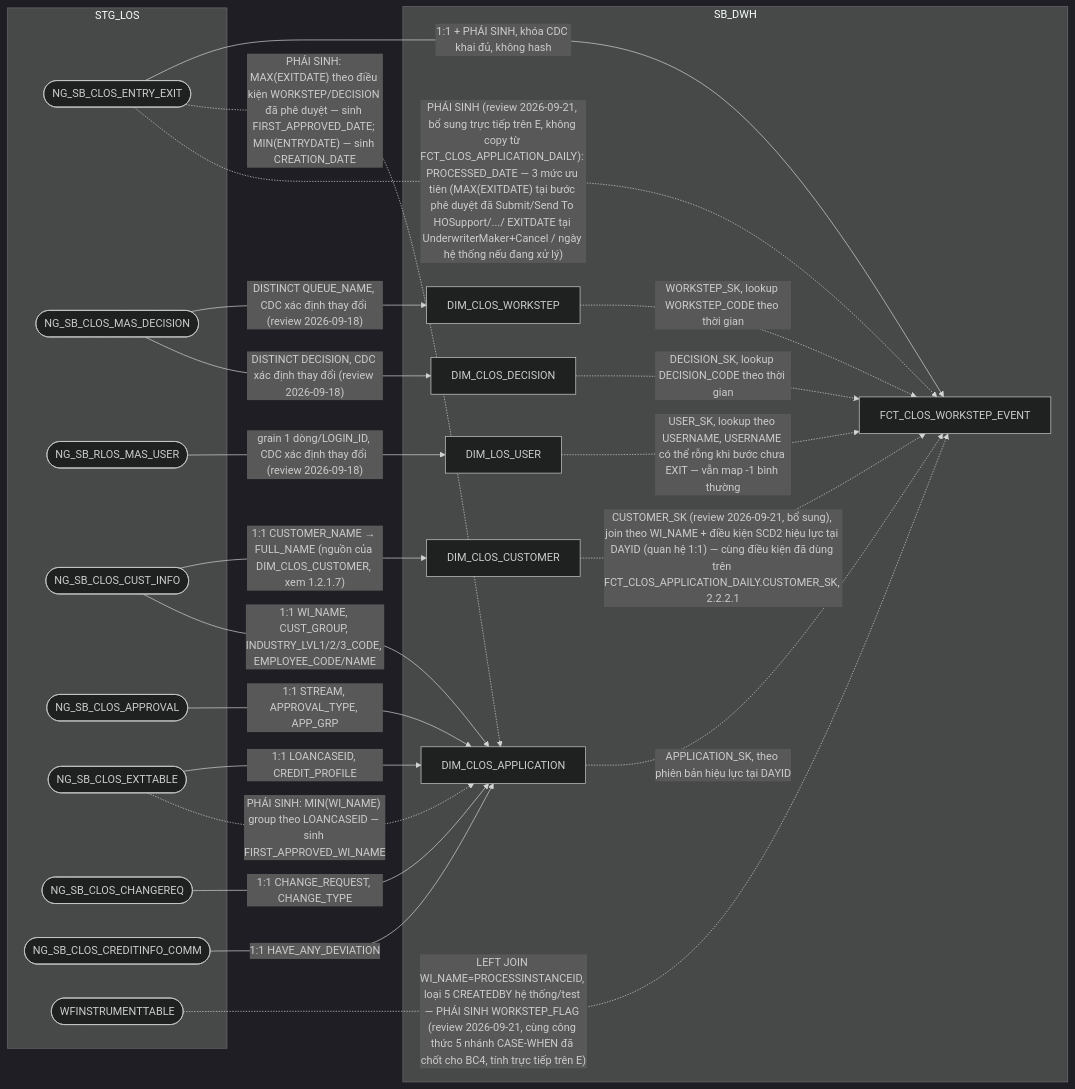
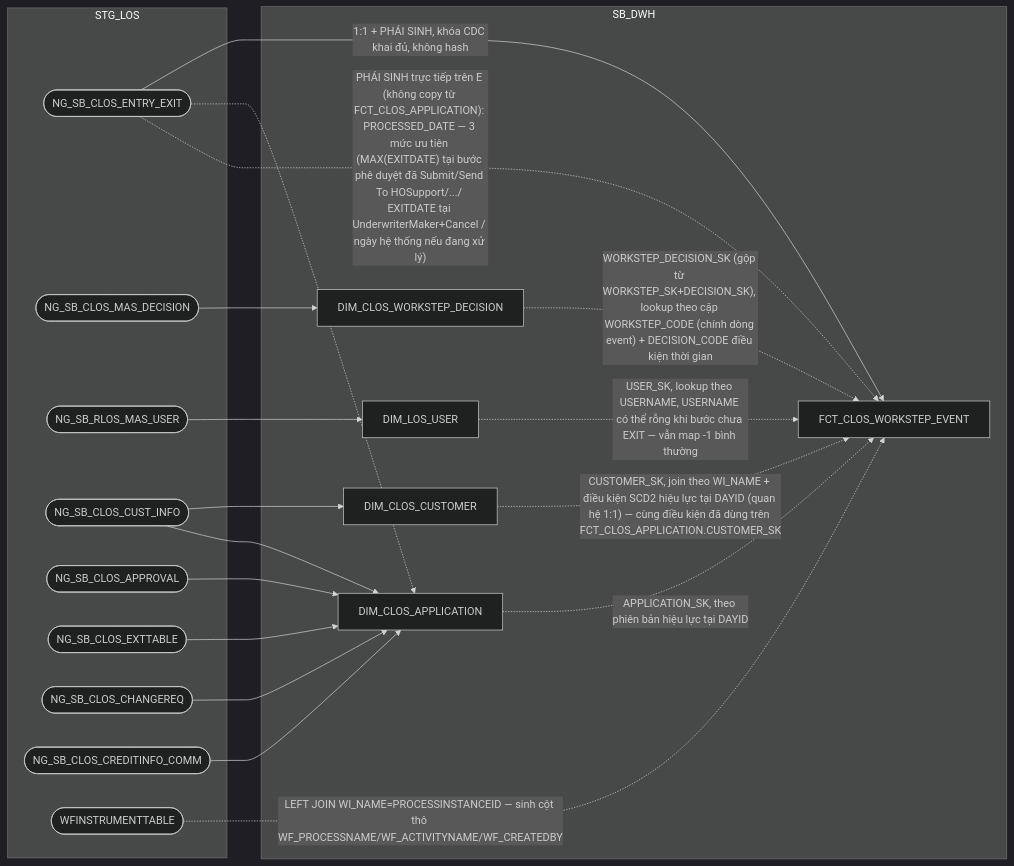
The fifth of 14 diagrams in hld/hld_review/HLD_FCT_SB_DWH_review.md (chien1198/sb-mapping-gen), drawn with Mermaid (dark theme) before and after one commit. The commit also changed other lines of this file and 183 other files, not shown here.

````diff
--- a/hld/hld_review/HLD_FCT_SB_DWH_review.md
+++ b/hld/hld_review/HLD_FCT_SB_DWH_review.md
@@ -439,41 +359,37 @@
 ```mermaid
 flowchart LR
     subgraph STG_LOS
         A(["NG_SB_CLOS_ENTRY_EXIT"])
         MW(["NG_SB_CLOS_MAS_DECISION"])
         U(["NG_SB_RLOS_MAS_USER"])
         H(["NG_SB_CLOS_CUST_INFO"])
         I(["NG_SB_CLOS_APPROVAL"])
         J(["NG_SB_CLOS_EXTTABLE"])
         K1(["NG_SB_CLOS_CHANGEREQ"])
         N(["NG_SB_CLOS_CREDITINFO_COMM"])
         WF(["WFINSTRUMENTTABLE"])
     end
     subgraph SB_DWH
-        WS["DIM_CLOS_WORKSTEP"]
-        DC["DIM_CLOS_DECISION"]
+        WD["DIM_CLOS_WORKSTEP_DECISION"]
         US["DIM_LOS_USER"]
         AP["DIM_CLOS_APPLICATION"]
         KC["DIM_CLOS_CUSTOMER"]
         E["FCT_CLOS_WORKSTEP_EVENT"]
     end
     A -->|1:1 + PHÁI SINH, khóa CDC khai đủ, không hash| E
-    WS -.->|WORKSTEP_SK, lookup WORKSTEP_CODE theo thời gian| E
-    DC -.->|DECISION_SK, lookup DECISION_CODE theo thời gian| E
+    WD -.->|"WORKSTEP_DECISION_SK (gộp từ WORKSTEP_SK+DECISION_SK), lookup theo cặp WORKSTEP_CODE (chính dòng event) + DECISION_CODE điều kiện thời gian"| E
     US -.->|USER_SK, lookup theo USERNAME, USERNAME có thể rỗng khi bước chưa EXIT — vẫn map -1 bình thường| E
     AP -.->|APPLICATION_SK, theo phiên bản hiệu lực tại DAYID| E
-    KC -.->|"CUSTOMER_SK (review 2026-09-21, bổ sung), join theo WI_NAME + điều kiện SCD2 hiệu lực tại DAYID (quan hệ 1:1) — cùng điều kiện đã dùng trên FCT_CLOS_APPLICATION_DAILY.CUSTOMER_SK, 2.2.2.1"| E
-    MW -->|"DISTINCT QUEUE_NAME, CDC xác định thay đổi (review 2026-09-18)"| WS
-    MW -->|"DISTINCT DECISION, CDC xác định thay đổi (review 2026-09-18)"| DC
-    U -->|"grain 1 dòng/LOGIN_ID, CDC xác định thay đổi (review 2026-09-18)"| US
-    H -->|"1:1 CUSTOMER_NAME → FULL_NAME (nguồn của DIM_CLOS_CUSTOMER, xem 1.2.1.7)"| KC
-    H -->|1:1 WI_NAME, CUST_GROUP, INDUSTRY_LVL1/2/3_CODE, EMPLOYEE_CODE/NAME| AP
-    I -->|1:1 STREAM, APPROVAL_TYPE, APP_GRP| AP
-    J -->|1:1 LOANCASEID, CREDIT_PROFILE| AP
-    J -.->|"PHÁI SINH: MIN(WI_NAME) group theo LOANCASEID — sinh FIRST_APPROVED_WI_NAME"| AP
-    K1 -->|1:1 CHANGE_REQUEST, CHANGE_TYPE| AP
-    A -.->|"PHÁI SINH: MAX(EXITDATE) theo điều kiện WORKSTEP/DECISION đã phê duyệt — sinh FIRST_APPROVED_DATE; MIN(ENTRYDATE) — sinh CREATION_DATE"| AP
-    N -->|1:1 HAVE_ANY_DEVIATION| AP
-    A -.->|"PHÁI SINH (review 2026-09-21, bổ sung trực tiếp trên E, không copy từ FCT_CLOS_APPLICATION_DAILY): PROCESSED_DATE — 3 mức ưu tiên (MAX(EXITDATE) tại bước phê duyệt đã Submit/Send To HOSupport/.../ EXITDATE tại UnderwriterMaker+Cancel / ngày hệ thống nếu đang xử lý)"| E
-    WF -.->|"LEFT JOIN WI_NAME=PROCESSINSTANCEID, loại 5 CREATEDBY hệ thống/test — PHÁI SINH WORKSTEP_FLAG (review 2026-09-21, cùng công thức 5 nhánh CASE-WHEN đã chốt cho BC4, tính trực tiếp trên E)"| E
+    KC -.->|"CUSTOMER_SK, join theo WI_NAME + điều kiện SCD2 hiệu lực tại DAYID (quan hệ 1:1) — cùng điều kiện đã dùng trên FCT_CLOS_APPLICATION.CUSTOMER_SK"| E
+    MW --> WD
+    U --> US
+    H --> KC
+    H --> AP
+    I --> AP
+    J --> AP
+    K1 --> AP
+    A -.-> AP
+    N --> AP
+    A -.->|"PHÁI SINH trực tiếp trên E (không copy từ FCT_CLOS_APPLICATION): PROCESSED_DATE — 3 mức ưu tiên (MAX(EXITDATE) tại bước phê duyệt đã Submit/Send To HOSupport/.../ EXITDATE tại UnderwriterMaker+Cancel / ngày hệ thống nếu đang xử lý)"| E
+    WF -.->|"LEFT JOIN WI_NAME=PROCESSINSTANCEID — sinh cột thô WF_PROCESSNAME/WF_ACTIVITYNAME/WF_CREATEDBY"| E
 ```
````
